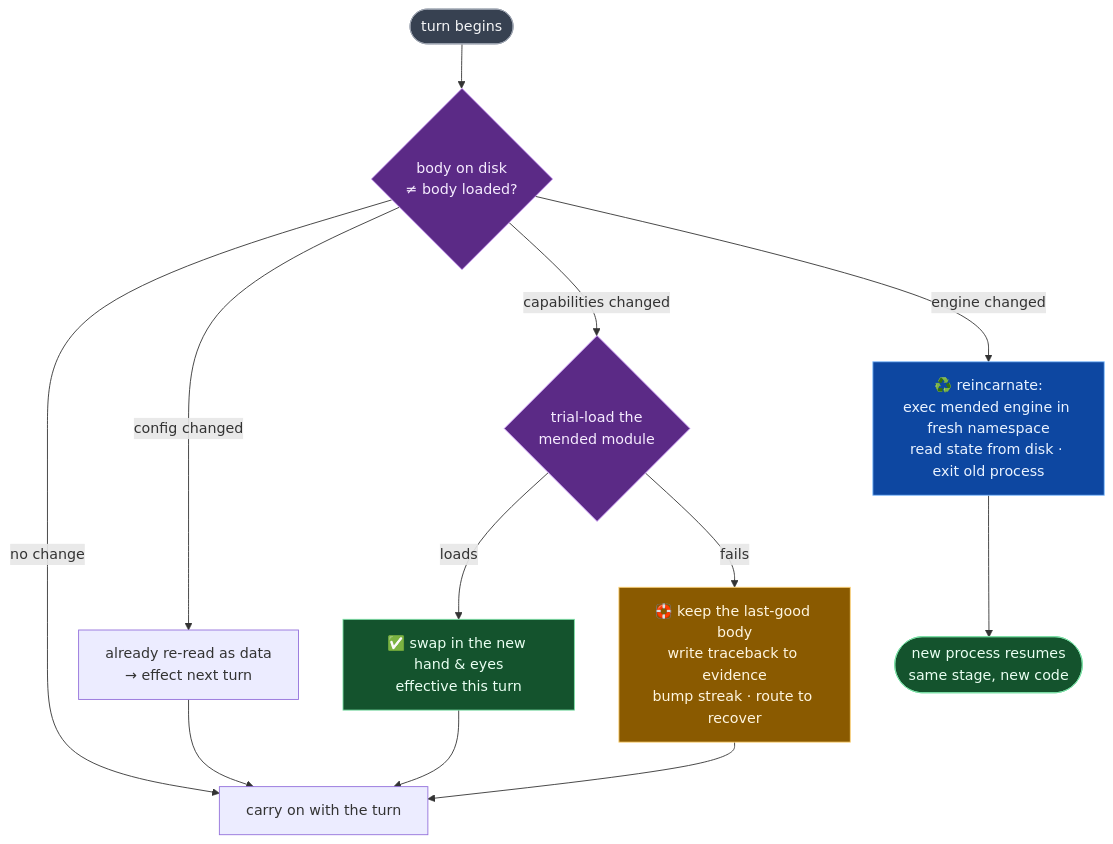
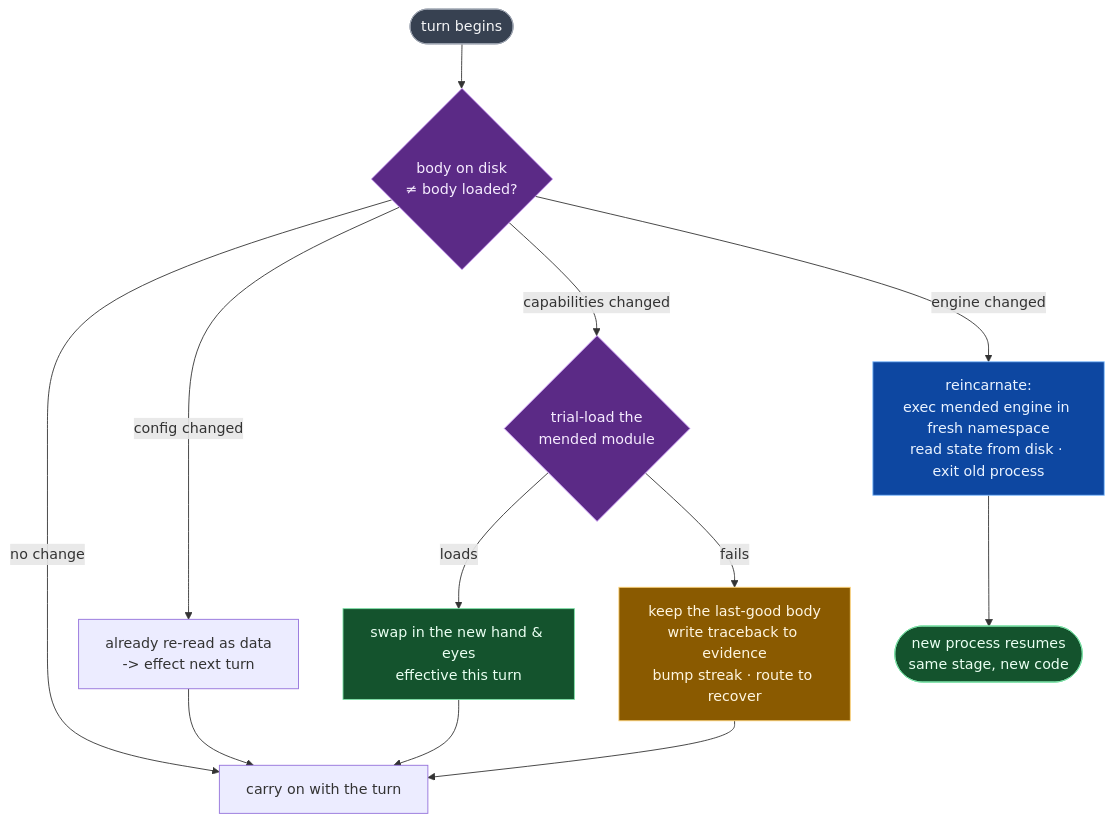
Before and after one commit to wgabrys88/endgame-ai: the eighth of 17 diagrams in README.md, drawn with Mermaid. The commit also changed other lines of this file, not shown here.

````diff
--- a/README.md
+++ b/README.md
@@ -297,22 +297,22 @@
 ```mermaid
 flowchart TB
     START([turn begins]) --> CHK{body on disk<br/>≠ body loaded?}
     CHK -->|no change| GO[carry on with the turn]
-    CHK -->|config changed| CFG["already re-read as data<br/>→ effect next turn"]
+    CHK -->|config changed| CFG["already re-read as data<br/>-> effect next turn"]
     CHK -->|capabilities changed| TRIAL{trial-load the<br/>mended module}
-    TRIAL -->|loads| SWAP["✅ swap in the new hand & eyes<br/>effective this turn"]
-    TRIAL -->|fails| KEEP["🛟 keep the last-good body<br/>write traceback to evidence<br/>bump streak · route to recover"]
-    CHK -->|engine changed| REINC["♻️ reincarnate:<br/>exec mended engine in fresh namespace<br/>read state from disk · exit old process"]
+    TRIAL -->|loads| SWAP["swap in the new hand & eyes<br/>effective this turn"]
+    TRIAL -->|fails| KEEP["keep the last-good body<br/>write traceback to evidence<br/>bump streak · route to recover"]
+    CHK -->|engine changed| REINC["reincarnate:<br/>exec mended engine in fresh namespace<br/>read state from disk · exit old process"]
     CFG --> GO
     SWAP --> GO
     KEEP --> GO
     REINC --> DONE([new process resumes<br/>same stage, new code])
 
     style START fill:#374151,stroke:#9ca3af,color:#f3f4f6
     style CHK fill:#5b2a86,stroke:#d7a9ff,color:#f6ecff
     style TRIAL fill:#5b2a86,stroke:#d7a9ff,color:#f6ecff
     style SWAP fill:#14532d,stroke:#7be0a6,color:#eafff2
     style KEEP fill:#8a5a00,stroke:#ffd479,color:#fff6e0
     style REINC fill:#0d47a1,stroke:#87c1ff,color:#eaf3ff
     style DONE fill:#14532d,stroke:#7be0a6,color:#eafff2
 ```
````
